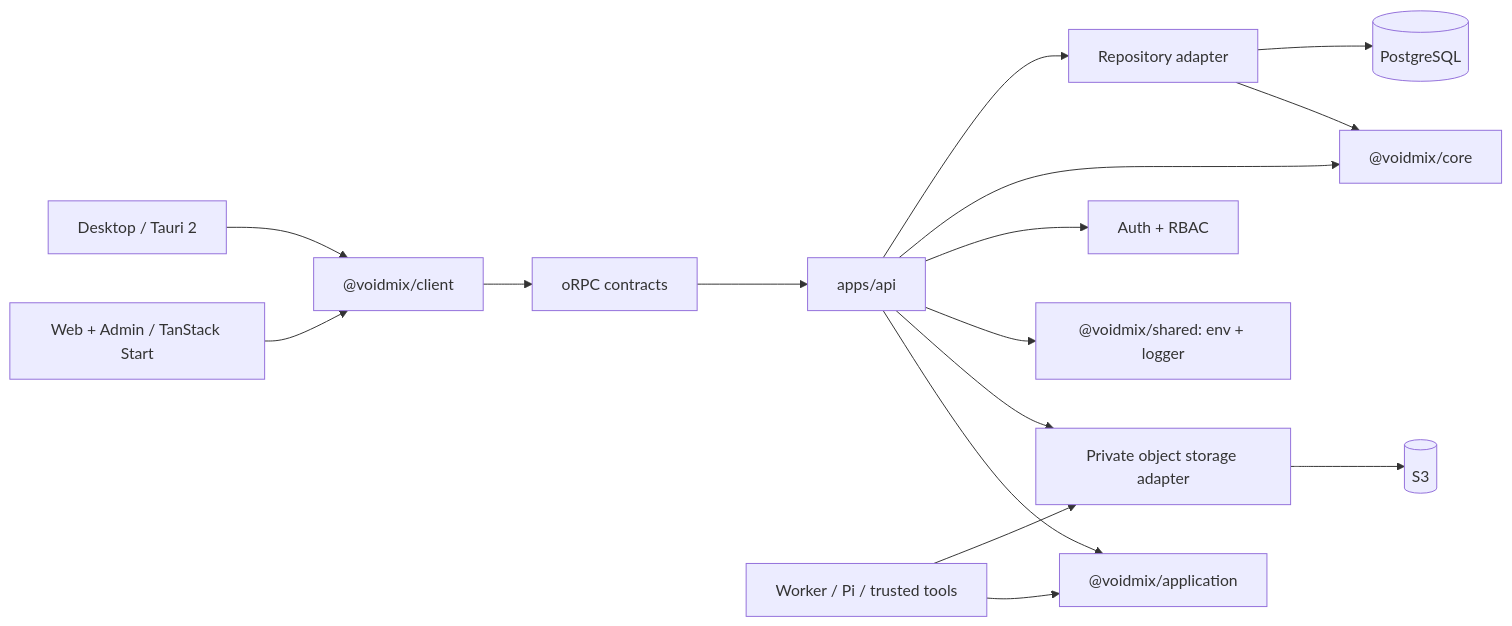
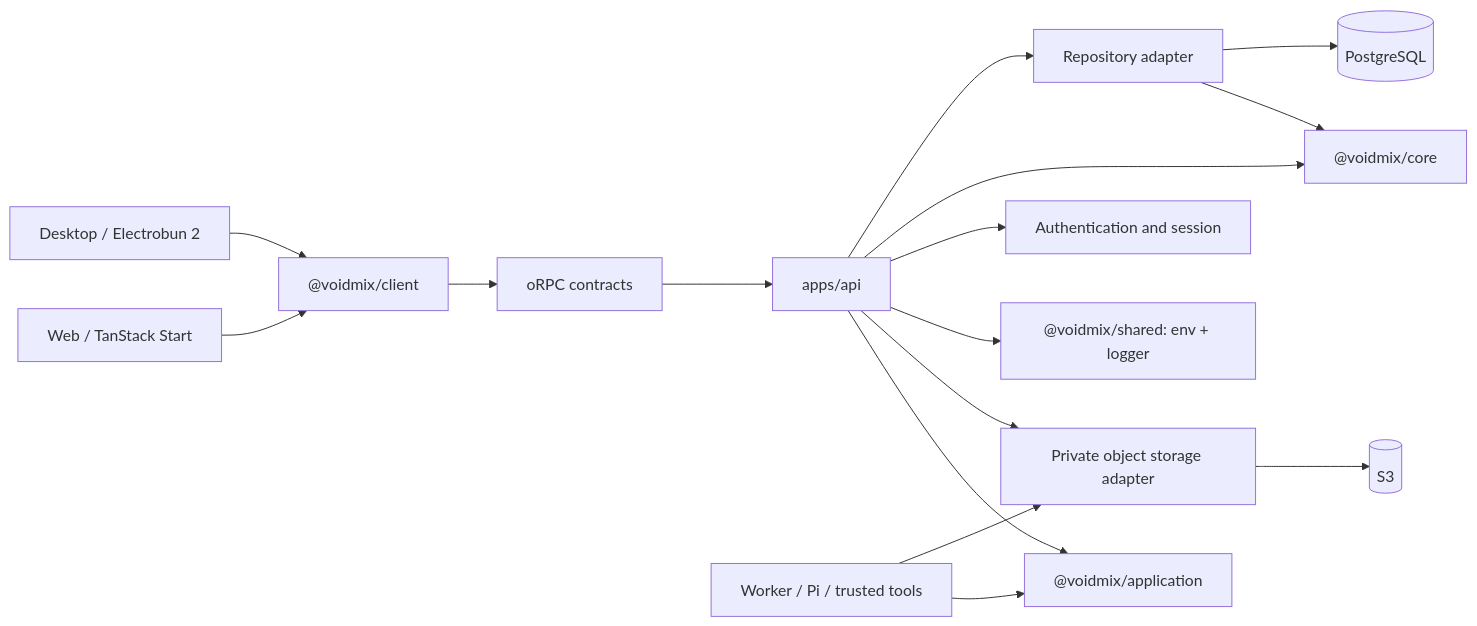
Before and after one commit to raypx/raypx: the diagram in docs/architecture/README.md, drawn with Mermaid. The commit also changed other lines of this file and 459 other files, not shown here.

First line of the commit message:
refactor: simplify apps and migrate desktop to Electrobun

````diff
--- a/docs/architecture/README.md
+++ b/docs/architecture/README.md
@@ -23,18 +22,18 @@
 ```mermaid
 flowchart LR
-  web["Web + Admin / TanStack Start"] --> client["@voidmix/client"]
-  desktop["Desktop / Tauri 2"] --> client
+  web["Web / TanStack Start"] --> client["@voidmix/client"]
+  desktop["Desktop / Electrobun 2"] --> client
   client --> rpc["oRPC contracts"]
   rpc --> api["apps/api"]
   api --> application["@voidmix/application"]
   worker["Worker / Pi / trusted tools"] --> application
   api --> storage["Private object storage adapter"]
   worker --> storage
   storage --> objects[("S3")]
   api --> shared["@voidmix/shared: env + logger"]
-  api --> auth["Auth + RBAC"]
+  api --> auth["Authentication and session"]
   api --> core["@voidmix/core"]
   api --> db["Repository adapter"]
   db --> core
   db --> postgres[("PostgreSQL")]
 ```
````
